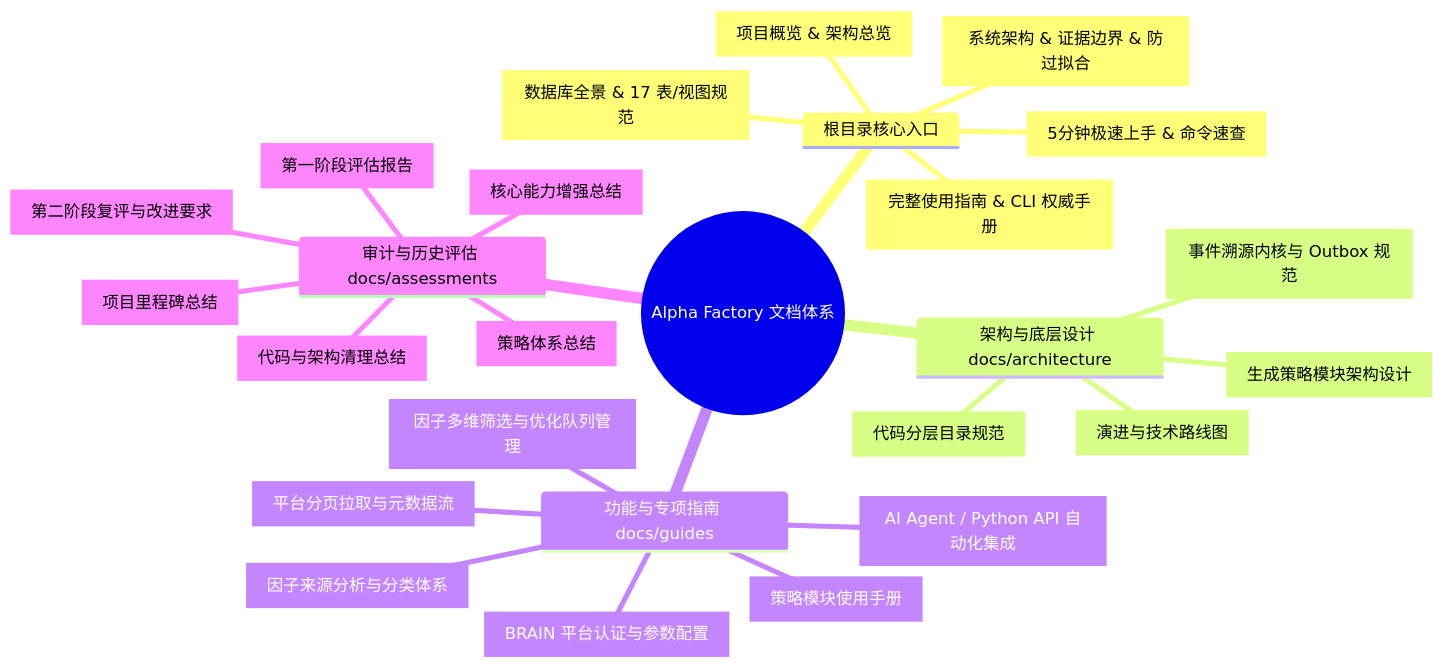
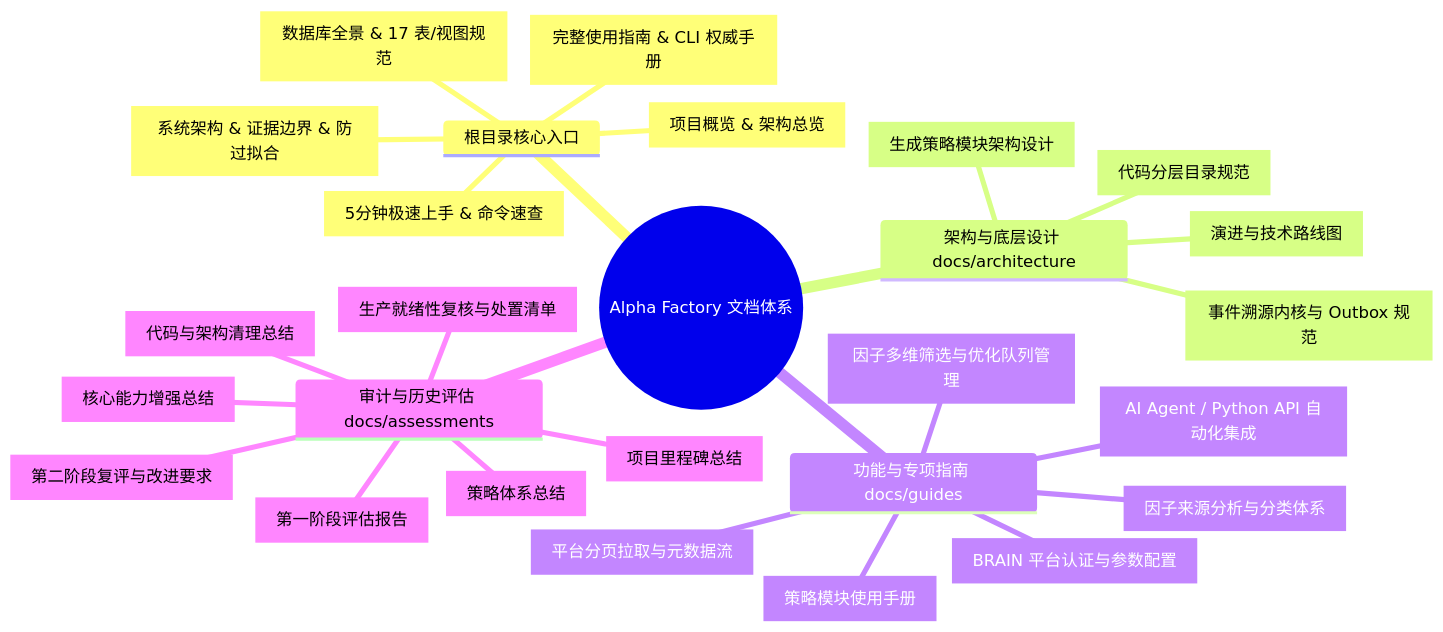
The diagram in docs/INDEX.md (Justices/alpha_factory), drawn with Mermaid before and after one commit. The commit also changed other lines of this file and 34 other files, not shown here.

````diff
--- a/docs/INDEX.md
+++ b/docs/INDEX.md
@@ -9,29 +9,30 @@
 ```mermaid
 mindmap
   root((Alpha Factory 文档体系))
     根目录核心入口
       README.md["项目概览 & 架构总览"]
       QUICKSTART.md["5分钟极速上手 & 命令速查"]
       ARCHITECTURE.md["系统架构 & 证据边界 & 防过拟合"]
       USAGE_GUIDE.md["完整使用指南 & CLI 权威手册"]
       DATABASE_DESIGN.md["数据库全景 & 17 表/视图规范"]
     架构与底层设计 docs/architecture
       event_sourced_core.md["事件溯源内核与 Outbox 规范"]
       strategy_architecture.md["生成策略模块架构设计"]
       directory_design.md["代码分层目录规范"]
       roadmap_and_evolution.md["演进与技术路线图"]
     功能与专项指南 docs/guides
       ai_integration.md["AI Agent / Python API 自动化集成"]
       alpha_filtering.md["因子多维筛选与优化队列管理"]
       alpha_source_guide.md["因子来源分析与分类体系"]
       pagination_guide.md["平台分页拉取与元数据流"]
       platform_config.md["BRAIN 平台认证与参数配置"]
       strategy_usage.md["策略模块使用手册"]
     审计与历史评估 docs/assessments
       PROJECT_ASSESSMENT_2026-08-21.md["第一阶段评估报告"]
       REASSESSMENT_2026-08-21.md["第二阶段复评与改进要求"]
+      PRODUCTION_READINESS_2026-08-21.md["生产就绪性复核与处置清单"]
       code_cleanup_summary.md["代码与架构清理总结"]
       improvement_summary.md["核心能力增强总结"]
       project_summary.md["项目里程碑总结"]
       strategy_summary.md["策略体系总结"]
 ```
````
